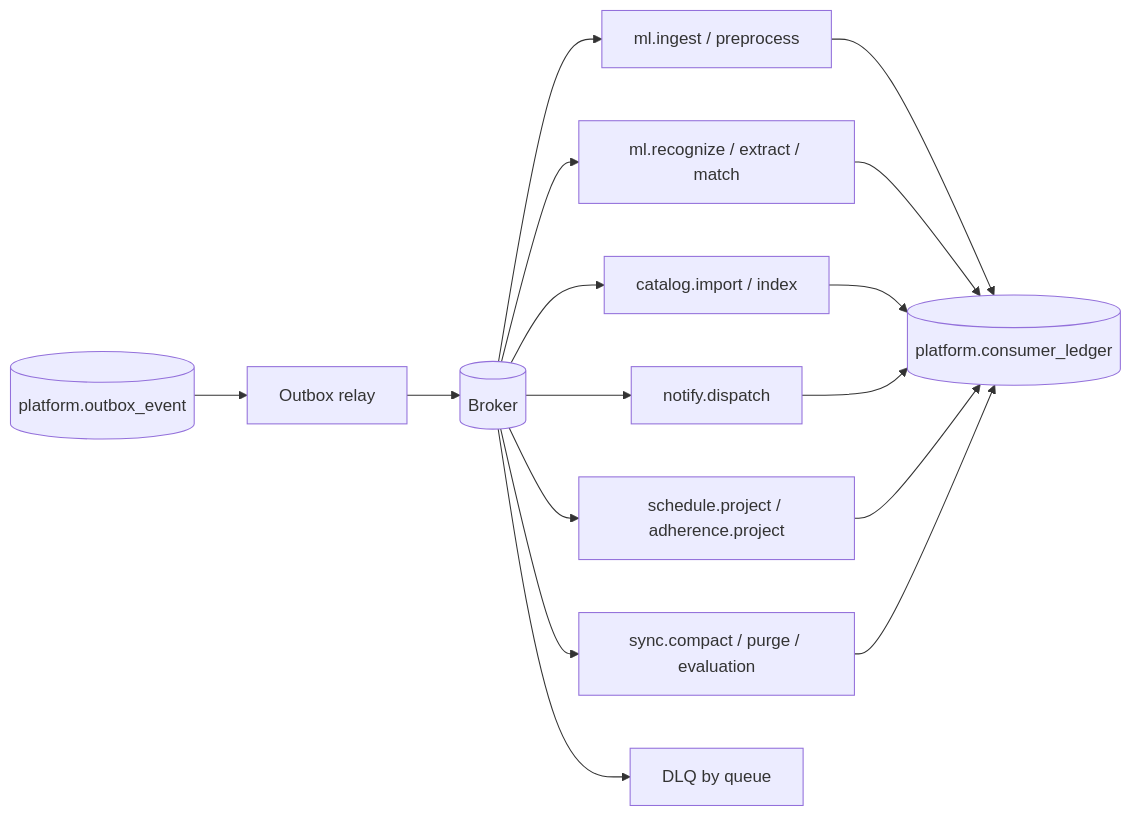
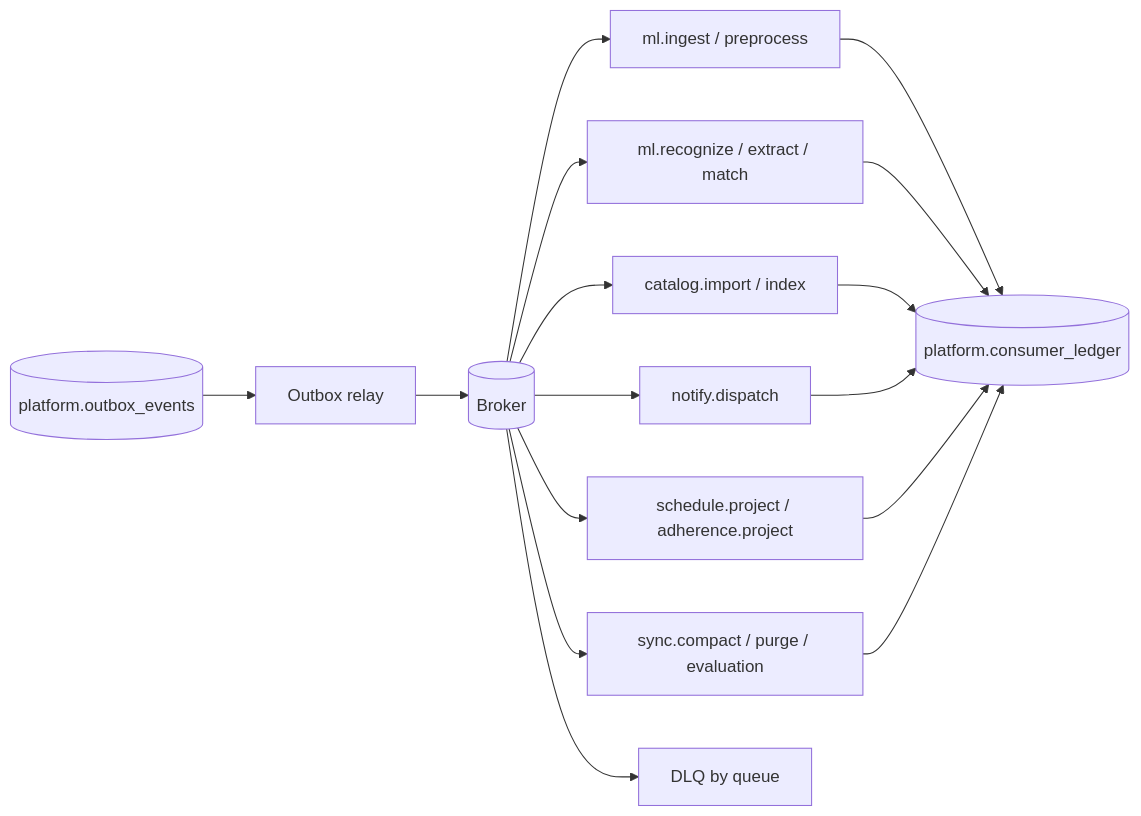
Before and after one commit to Paradox-Tech-BD/nirog-storybook: the first of 2 diagrams in docs/nirog/technical-analysis/04-async-workers.md, drawn with Mermaid. The commit also changed other lines of this file and 56 other files, not shown here.

Commit message:
docs: add unified system architecture and reconcile contracts

````diff
--- a/docs/nirog/technical-analysis/04-async-workers.md
+++ b/docs/nirog/technical-analysis/04-async-workers.md
@@ -9,18 +9,18 @@
 ```mermaid
 flowchart LR
-  Outbox[(platform.outbox_event)] --> Relay[Outbox relay]
+  Outbox[(platform.outbox_events)] --> Relay[Outbox relay]
   Relay --> Broker[(Broker)]
   Broker --> P1[ml.ingest / preprocess]
   Broker --> P2[ml.recognize / extract / match]
   Broker --> C1[catalog.import / index]
   Broker --> N1[notify.dispatch]
   Broker --> S1[schedule.project / adherence.project]
   Broker --> Y1[sync.compact / purge / evaluation]
   Broker --> D[DLQ by queue]
   P1 --> Ledger[(platform.consumer_ledger)]
   P2 --> Ledger
   C1 --> Ledger
   N1 --> Ledger
   S1 --> Ledger
   Y1 --> Ledger
 ```
````
